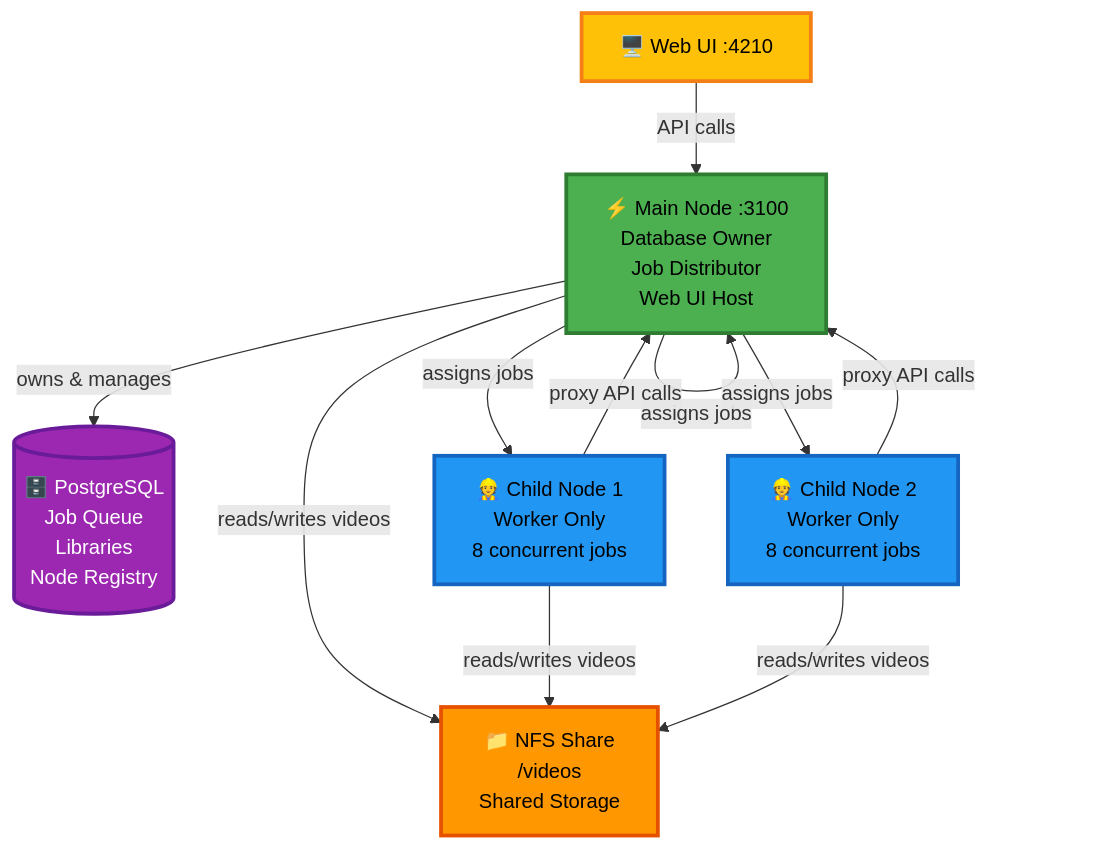
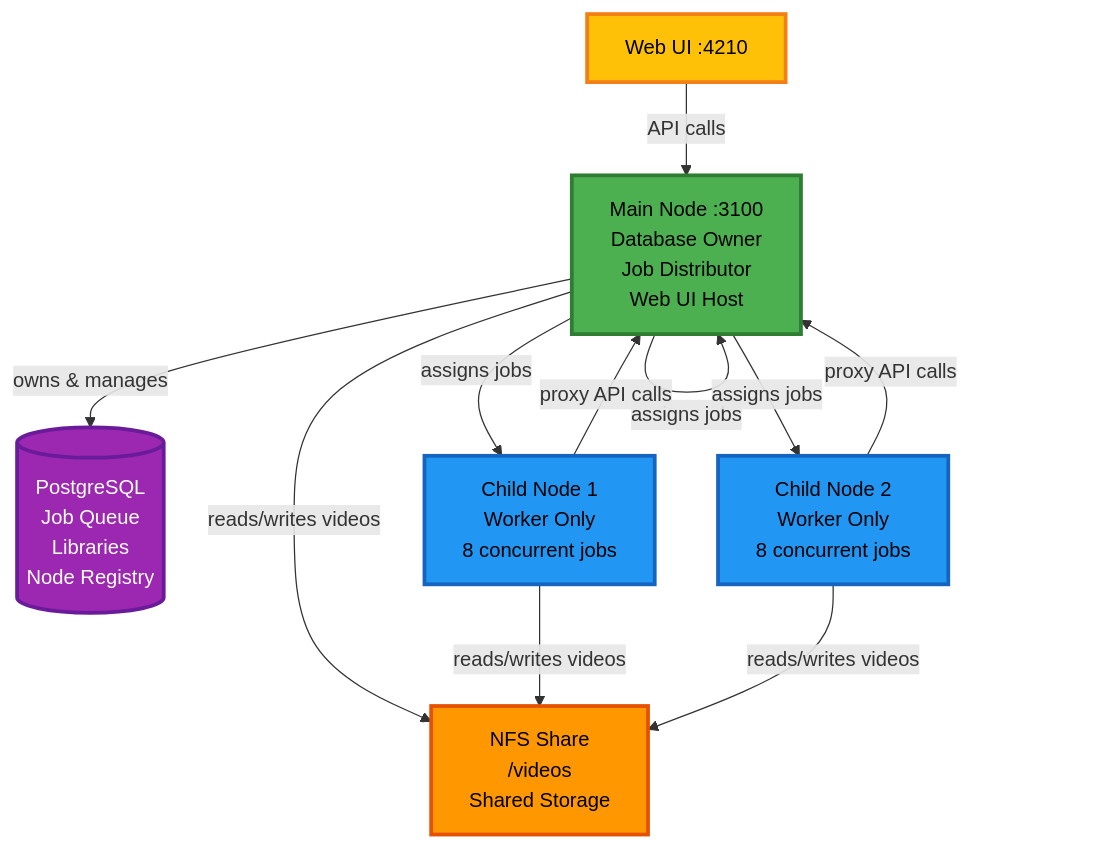
Before and after one commit to lucid-fabrics/bitbonsai: the diagram in docs-mintlify/advanced/multi-node.mdx, drawn with Mermaid. The commit also changed 1 other file, not shown here.

Commit message:
fix: correct brand colors and remove emoji from mermaid diagram
- Update colors to BitBonsai yellow (#f9be03)
- Remove emojis from multi-node mermaid diagram (causing syntax error)
- Colors now match official brand: primary #f9be03, light #fcd34d, dark #d4a003

````diff
--- a/docs-mintlify/advanced/multi-node.mdx
+++ b/docs-mintlify/advanced/multi-node.mdx
@@ -45,23 +45,23 @@
 ```mermaid
 graph TD
-    UI[🖥️ Web UI :4210] -->|API calls| Main[⚡ Main Node :3100<br/>Database Owner<br/>Job Distributor<br/>Web UI Host]
-    Main -->|owns & manages| DB[(🗄️ PostgreSQL<br/>Job Queue<br/>Libraries<br/>Node Registry)]
-    Main -->|reads/writes videos| NFS[📁 NFS Share<br/>/videos<br/>Shared Storage]
+    UI[Web UI :4210] -->|API calls| Main[Main Node :3100<br/>Database Owner<br/>Job Distributor<br/>Web UI Host]
+    Main -->|owns & manages| DB[(PostgreSQL<br/>Job Queue<br/>Libraries<br/>Node Registry)]
+    Main -->|reads/writes videos| NFS[NFS Share<br/>/videos<br/>Shared Storage]
 
     Main -->|assigns jobs| Main
-    Main -->|assigns jobs| Child1[👷 Child Node 1<br/>Worker Only<br/>8 concurrent jobs]
-    Main -->|assigns jobs| Child2[👷 Child Node 2<br/>Worker Only<br/>8 concurrent jobs]
+    Main -->|assigns jobs| Child1[Child Node 1<br/>Worker Only<br/>8 concurrent jobs]
+    Main -->|assigns jobs| Child2[Child Node 2<br/>Worker Only<br/>8 concurrent jobs]
 
     Child1 -->|proxy API calls| Main
     Child2 -->|proxy API calls| Main
 
     Child1 -->|reads/writes videos| NFS
     Child2 -->|reads/writes videos| NFS
 
     style Main fill:#4CAF50,stroke:#2E7D32,stroke-width:3px,color:#000
     style Child1 fill:#2196F3,stroke:#1565C0,stroke-width:3px,color:#000
     style Child2 fill:#2196F3,stroke:#1565C0,stroke-width:3px,color:#000
     style NFS fill:#FF9800,stroke:#E65100,stroke-width:3px,color:#000
     style DB fill:#9C27B0,stroke:#6A1B9A,stroke-width:3px,color:#fff
     style UI fill:#FFC107,stroke:#F57F17,stroke-width:3px,color:#000
 ```
````
